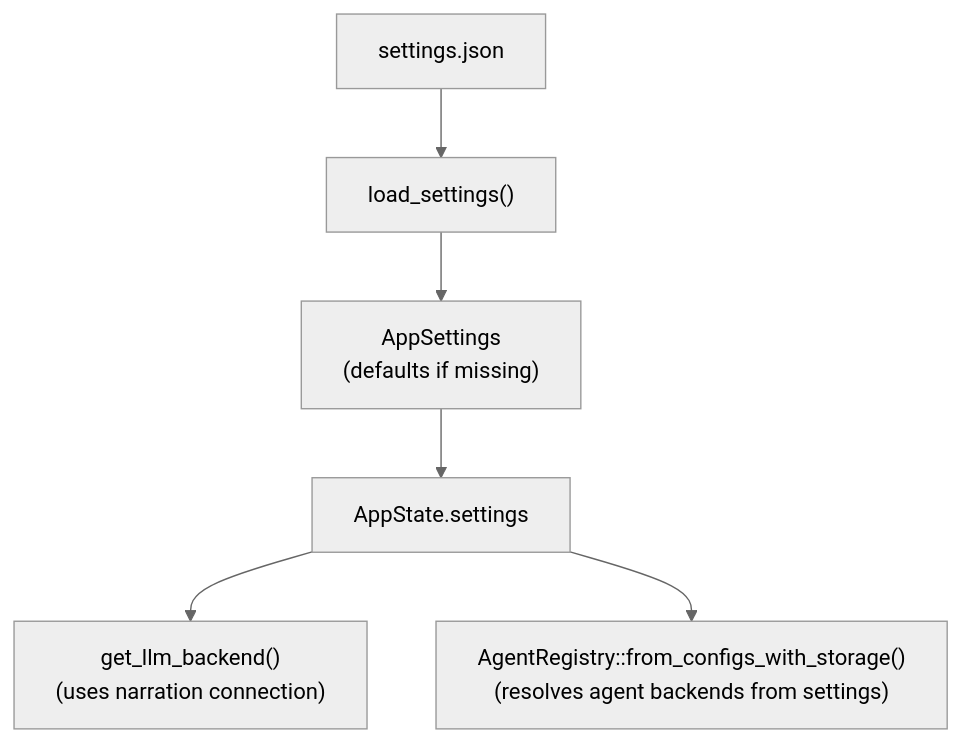
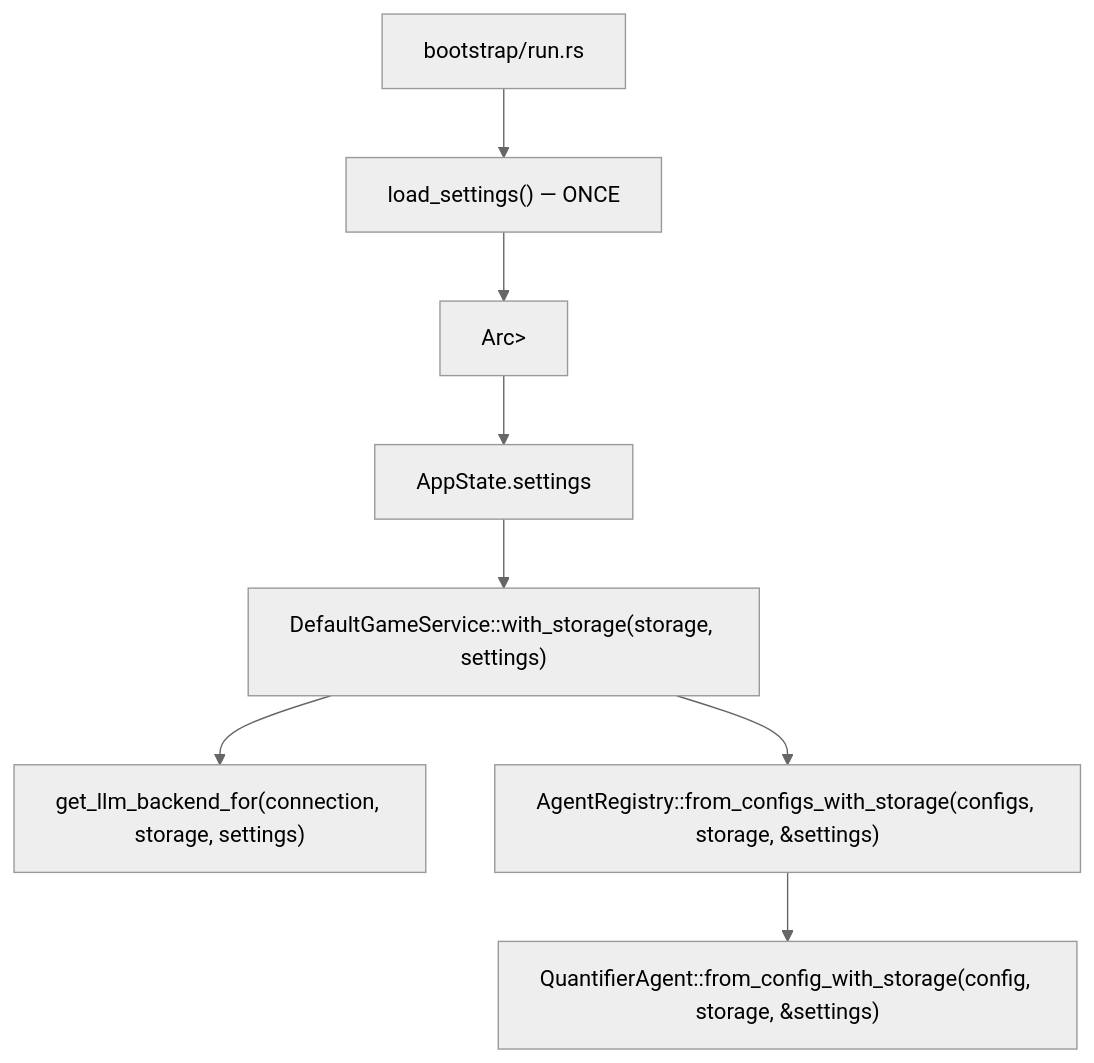
One commit to notsonormal/chronicler-engine changed the diagram in chronicler_engine/docs/architecture/system.md. Above: the diagram before and after it, drawn with Mermaid (neutral theme). The commit also changed other lines of this file and 60 other files, not shown here.

````diff
--- a/chronicler_engine/docs/architecture/system.md
+++ b/chronicler_engine/docs/architecture/system.md
@@ -100,8 +102,10 @@
 ```mermaid
 flowchart TD
-    A["settings.json"] --> B["load_settings()"]
-    B --> C["AppSettings<br/>(defaults if missing)"]
+    A["bootstrap/run.rs"] --> B["load_settings() — ONCE"]
+    B --> C["Arc<RwLock<AppSettings>>"]
     C --> D["AppState.settings"]
-    D --> E["get_llm_backend()<br/>(uses narration connection)"]
-    D --> F["AgentRegistry::from_configs_with_storage()<br/>(resolves agent backends from settings)"]
+    D --> E["DefaultGameService::with_storage(storage, settings)"]
+    E --> F["get_llm_backend_for(connection, storage, settings)"]
+    E --> G["AgentRegistry::from_configs_with_storage(configs, storage, &settings)"]
+    G --> H["QuantifierAgent::from_config_with_storage(config, storage, &settings)"]
 ```
````
